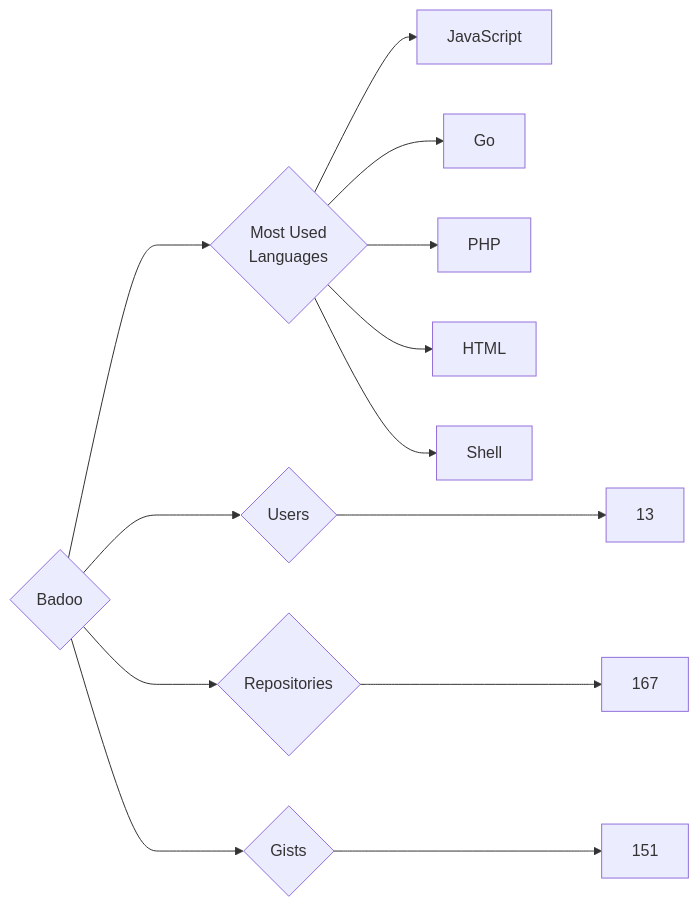
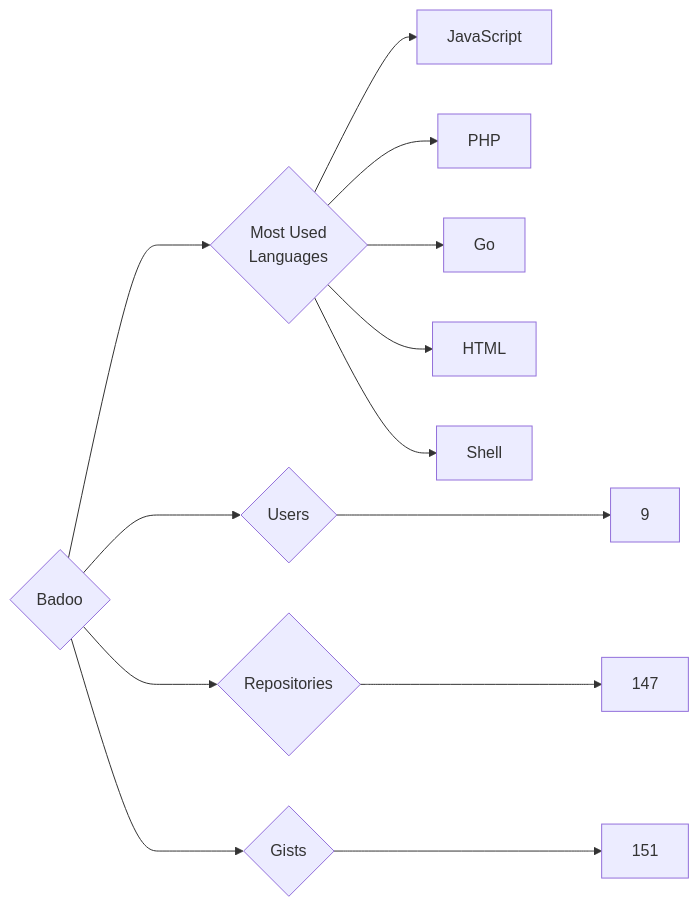
The diagram in targets/Badoo/README.md (trickest/insiders), drawn with Mermaid before and after one commit. The commit also changed 681 other files, not shown here.

````diff
--- a/targets/Badoo/README.md
+++ b/targets/Badoo/README.md
@@ -3,13 +3,13 @@
 ```mermaid
 graph LR
 COMPANY_NAME{Badoo}
-COMPANY_NAME ---> U{Users} ---> UN[13]
-COMPANY_NAME ---> R{Repositories} ---> RN[167]
+COMPANY_NAME ---> U{Users} ---> UN[9]
+COMPANY_NAME ---> R{Repositories} ---> RN[147]
 COMPANY_NAME ---> G{Gists} ---> GN[151]
 COMPANY_NAME ---> ML{Most Used<br>Languages}
 ML --> JavaScript[JavaScript]
+ML --> PHP[PHP]
 ML --> Go[Go]
-ML --> PHP[PHP]
 ML --> HTML[HTML]
 ML --> Shell[Shell]
 ```
````
